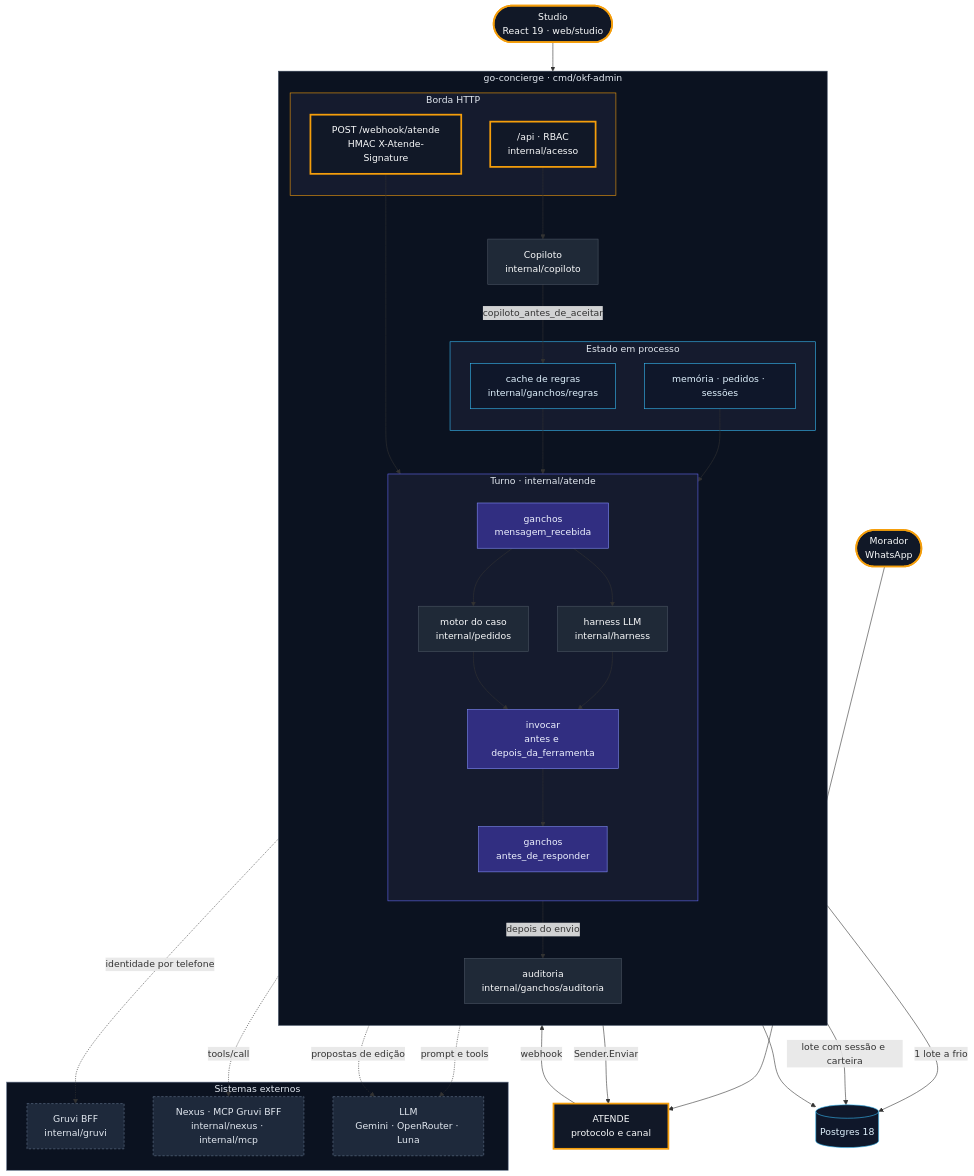
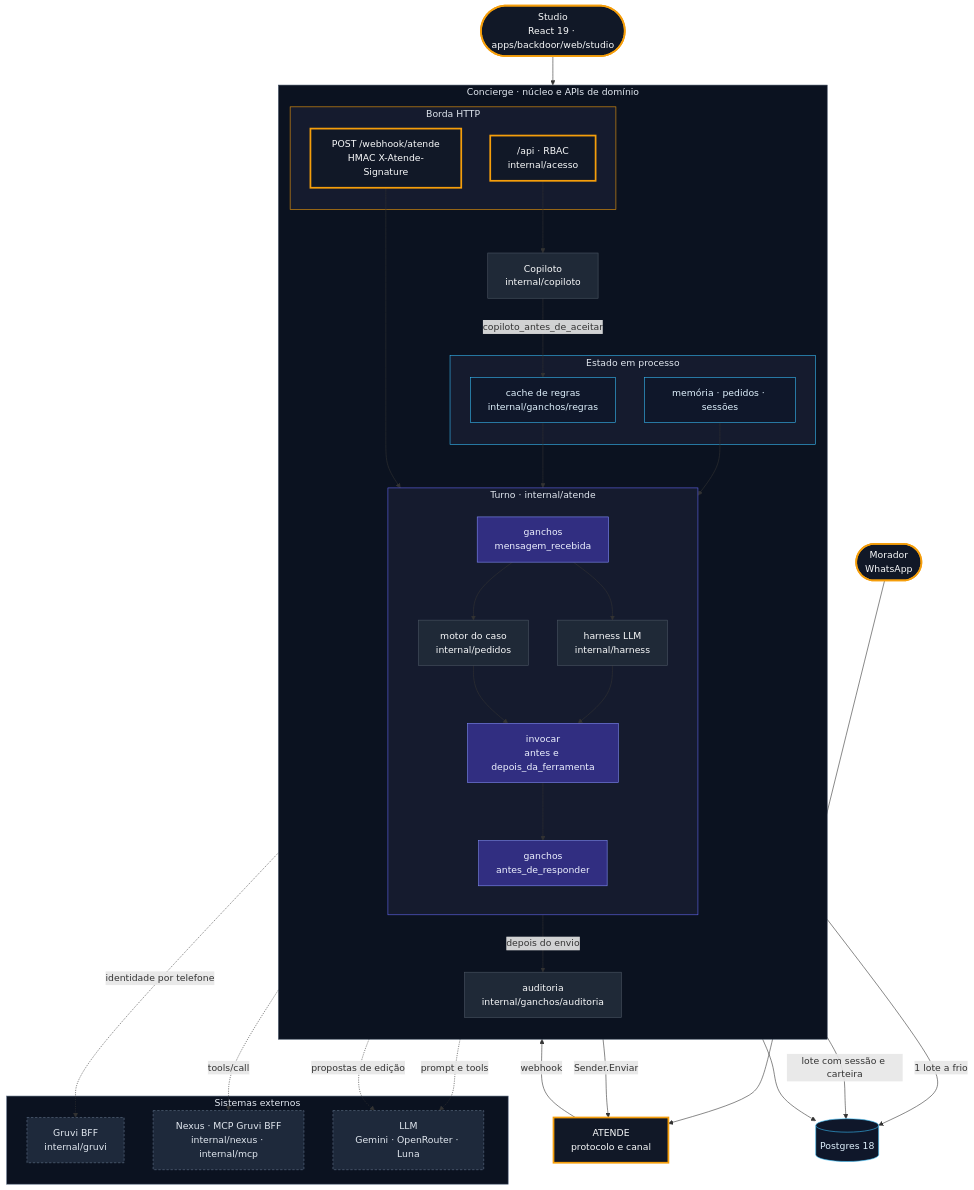
Before and after one commit to andersonfraiha-sl/go-concierge: the first of 2 diagrams in README.md, drawn with Mermaid. The commit also changed other lines of this file and 443 other files, not shown here.

First line of the commit message:
refactor(apps): separe Backdoor, Console e Concierge

````diff
--- a/README.md
+++ b/README.md
@@ -50,71 +50,71 @@
 ```mermaid
 flowchart TB
     Morador(["Morador<br/>WhatsApp"]):::entry
     ATENDE["ATENDE<br/>protocolo e canal"]:::entry
-    Studio(["Studio<br/>React 19 · web/studio"]):::entry
+    Studio(["Studio<br/>React 19 · apps/backdoor/web/studio"]):::entry
 
-    subgraph GC ["go-concierge · cmd/okf-admin"]
+    subgraph GC ["Concierge · núcleo e APIs de domínio"]
         direction TB
         subgraph Borda ["Borda HTTP"]
             Webhook["POST /webhook/atende<br/>HMAC X-Atende-Signature"]:::entry
             API["/api · RBAC<br/>internal/acesso"]:::entry
         end
         subgraph Turno ["Turno · internal/atende"]
             direction TB
             GIn["ganchos<br/>mensagem_recebida"]:::hook
             Motor["motor do caso<br/>internal/pedidos"]:::core
             Harness["harness LLM<br/>internal/harness"]:::core
             Invocar["invocar<br/>antes e depois_da_ferramenta"]:::hook
             GOut["ganchos<br/>antes_de_responder"]:::hook
             GIn --> Motor
             GIn --> Harness
             Motor --> Invocar
             Harness --> Invocar
             Invocar --> GOut
         end
         subgraph Estado ["Estado em processo"]
             Caches["memória · pedidos · sessões"]:::store
             Regras["cache de regras<br/>internal/ganchos/regras"]:::store
         end
         Audit["auditoria<br/>internal/ganchos/auditoria"]:::core
         Copiloto["Copiloto<br/>internal/copiloto"]:::core
     end
 
     subgraph Externos ["Sistemas externos"]
         Gruvi["Gruvi BFF<br/>internal/gruvi"]:::ext
         Nexus["Nexus · MCP Gruvi BFF<br/>internal/nexus · internal/mcp"]:::ext
         LLM["LLM<br/>Gemini · OpenRouter · Luna"]:::ext
     end
     PG[("Postgres 18")]:::store
 
     Morador --> ATENDE
     ATENDE -- "webhook" --> Webhook
     Webhook --> GIn
     GOut -- "Sender.Enviar" --> ATENDE
     GOut -- "depois do envio" --> Audit
     Caches --> Turno
     Regras --> GIn
     Studio --> API
     API --> Copiloto
     Copiloto -- "copiloto_antes_de_aceitar" --> Regras
 
     Turno -. "identidade por telefone" .-> Gruvi
     Invocar -. "tools/call" .-> Nexus
     Harness -. "prompt e tools" .-> LLM
     Copiloto -. "propostas de edição" .-> LLM
 
     Caches -- "1 lote a frio" --> PG
     Audit -- "lote com sessão e carteira" --> PG
     API --> PG
 
     classDef entry fill:#111827,stroke:#f59e0b,stroke-width:3px,color:#f9fafb
     classDef core fill:#1f2937,stroke:#4b5563,color:#f9fafb
     classDef hook fill:#312e81,stroke:#818cf8,color:#eef2ff
     classDef store fill:#0f172a,stroke:#38bdf8,color:#e0f2fe
     classDef ext fill:#1e293b,stroke:#64748b,stroke-dasharray:4 3,color:#e2e8f0
     style GC fill:#0b1220,stroke:#334155,color:#e2e8f0
     style Turno fill:#151b2e,stroke:#6366f1,color:#e2e8f0
     style Borda fill:#151b2e,stroke:#f59e0b,color:#e2e8f0
     style Estado fill:#151b2e,stroke:#38bdf8,color:#e2e8f0
     style Externos fill:#0b1220,stroke:#64748b,color:#e2e8f0
 ```
````
